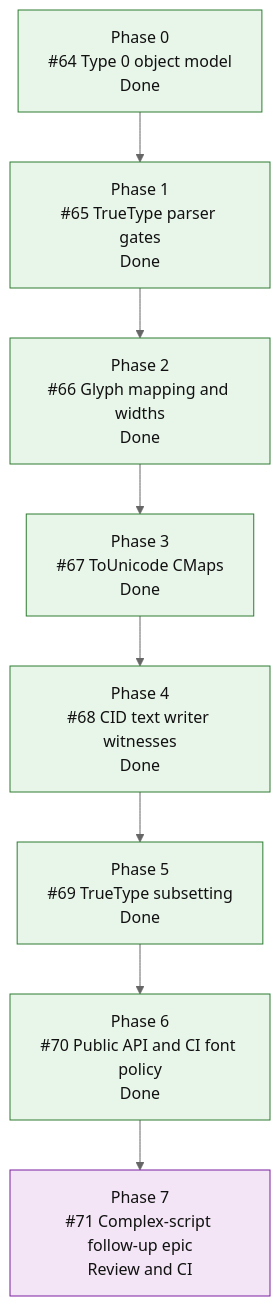
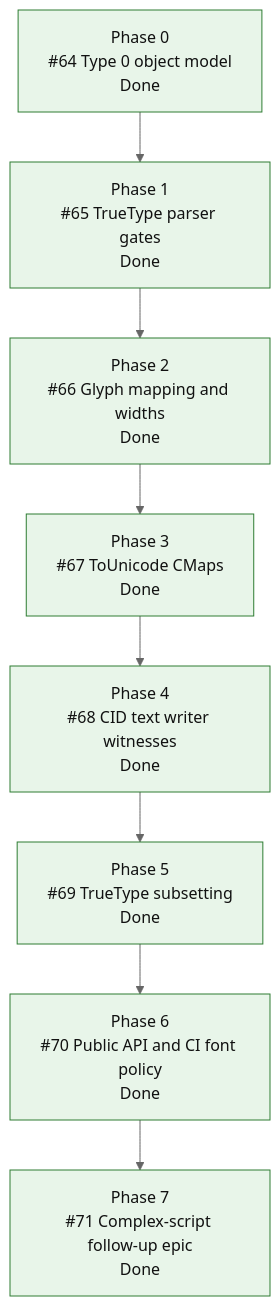
One commit to mihaelamj/MarkdownPDF changed the third of 4 diagrams in README.md. Above: the diagram before and after it, drawn with Mermaid (neutral theme). The commit also changed other lines of this file and 1 other file, not shown here.

First line of the commit message:
docs(research): define complex script boundary

````diff
--- a/README.md
+++ b/README.md
@@ -271,21 +271,20 @@
 ```mermaid
 flowchart TD
     E0["Phase 0<br/>#64 Type 0 object model<br/>Done"]
     E1["Phase 1<br/>#65 TrueType parser gates<br/>Done"]
     E2["Phase 2<br/>#66 Glyph mapping and widths<br/>Done"]
     E3["Phase 3<br/>#67 ToUnicode CMaps<br/>Done"]
     E4["Phase 4<br/>#68 CID text writer witnesses<br/>Done"]
     E5["Phase 5<br/>#69 TrueType subsetting<br/>Done"]
     E6["Phase 6<br/>#70 Public API and CI font policy<br/>Done"]
-    E7["Phase 7<br/>#71 Complex-script follow-up epic<br/>Review and CI"]
+    E7["Phase 7<br/>#71 Complex-script follow-up epic<br/>Done"]
 
     E0 --> E1 --> E2 --> E3 --> E4 --> E5 --> E6 --> E7
 
     classDef done fill:#e8f5e9,stroke:#2e7d32,color:#111;
     classDef active fill:#e3f2fd,stroke:#1565c0,color:#111;
     classDef review fill:#f3e5f5,stroke:#7b1fa2,color:#111;
     classDef next fill:#fff8e1,stroke:#f9a825,color:#111;
     classDef todo fill:#eef3ff,stroke:#3367d6,color:#111;
-    class E0,E1,E2,E3,E4,E5,E6 done;
-    class E7 review;
+    class E0,E1,E2,E3,E4,E5,E6,E7 done;
 ```
````
